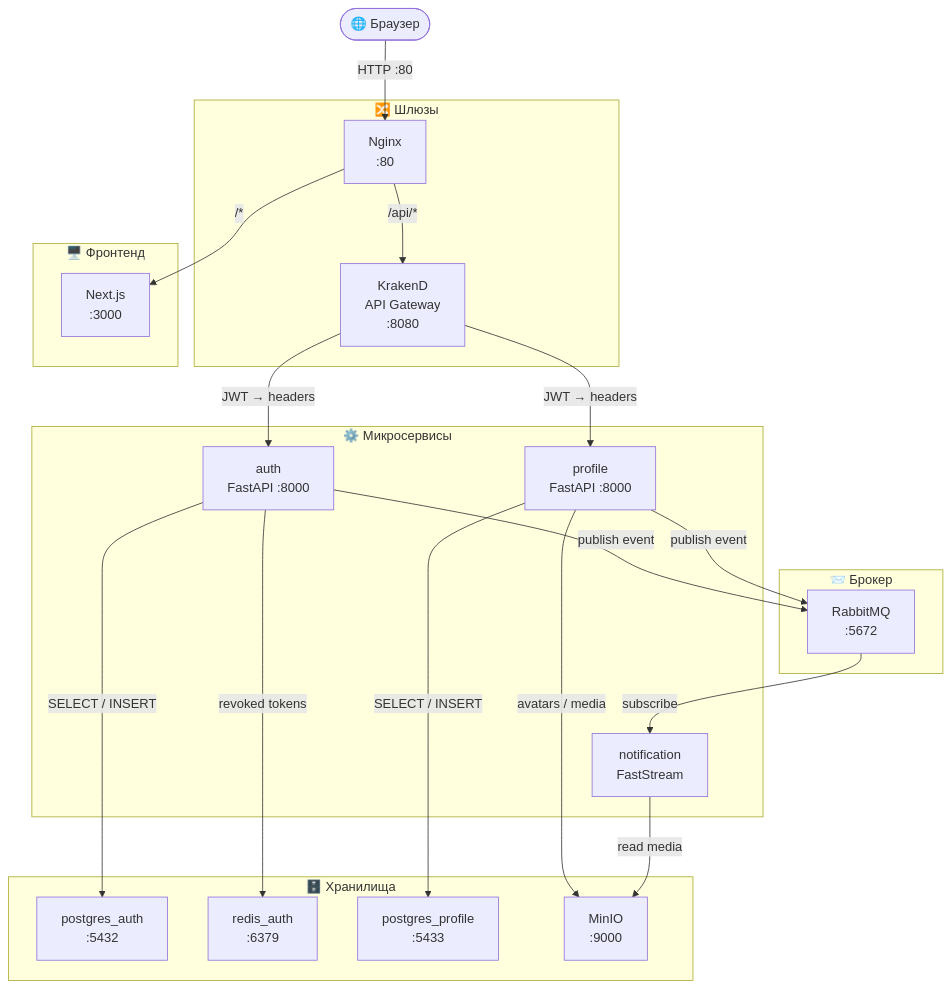
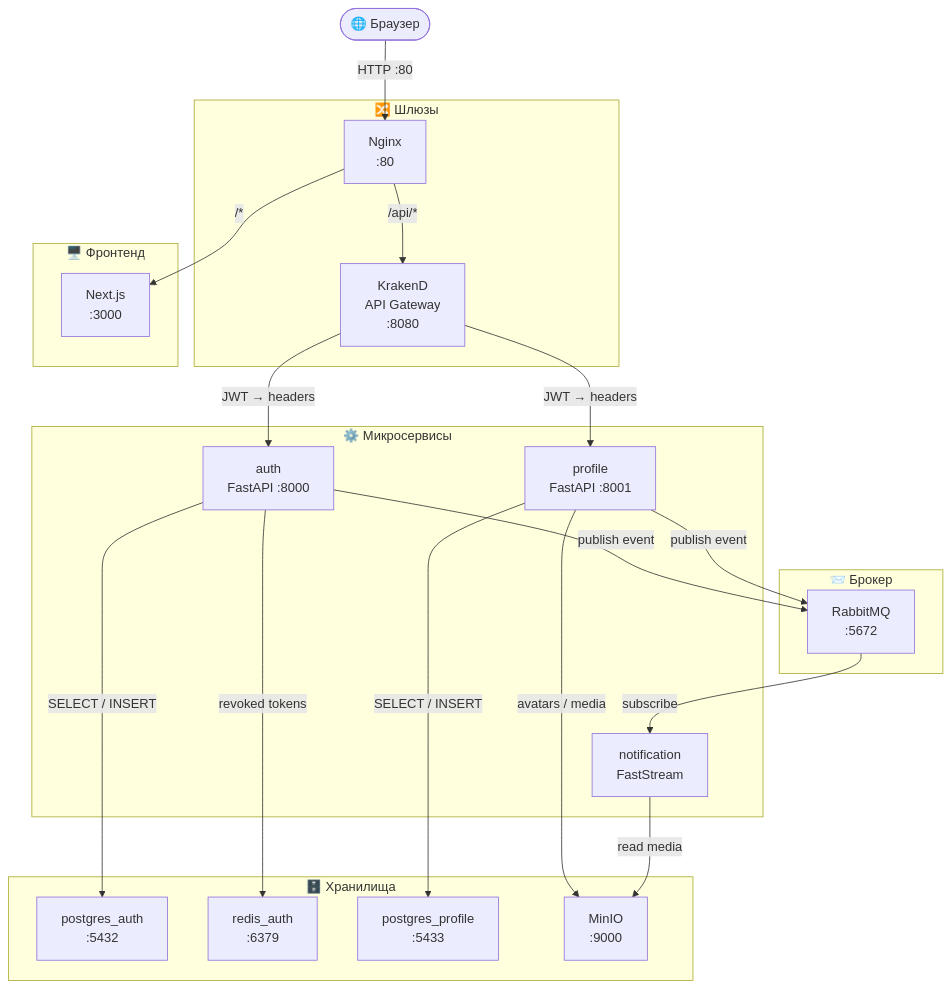
The first of 3 diagrams in README.md (mindcoree/LoreLounge), drawn with Mermaid before and after one commit.

Commit message:
Update Profile service port in README

````diff
--- a/README.md
+++ b/README.md
@@ -39,49 +39,49 @@
 ```mermaid
 flowchart TB
     Browser(["🌐 Браузер"])
 
     Browser -->|"HTTP :80"| Nginx
 
     subgraph gateway["🔀 Шлюзы"]
         Nginx["Nginx\n:80"]
         KrakenD["KrakenD\nAPI Gateway\n:8080"]
     end
 
     subgraph frontend_layer["🖥️ Фронтенд"]
         Frontend["Next.js\n:3000"]
     end
 
     subgraph services_layer["⚙️ Микросервисы"]
         Auth["auth\nFastAPI :8000"]
-        Profile["profile\nFastAPI :8000"]
+        Profile["profile\nFastAPI :8001"]
         Notification["notification\nFastStream"]
     end
 
     subgraph storage_layer["🗄️ Хранилища"]
         PGAuth["postgres_auth\n:5432"]
         RedisAuth["redis_auth\n:6379"]
         PGProfile["postgres_profile\n:5433"]
         MinIO["MinIO\n:9000"]
     end
 
     subgraph broker_layer["📨 Брокер"]
         RabbitMQ["RabbitMQ\n:5672"]
     end
 
     Nginx -->|"/*"| Frontend
     Nginx -->|"/api/*"| KrakenD
 
     KrakenD -->|"JWT → headers"| Auth
     KrakenD -->|"JWT → headers"| Profile
 
     Auth -->|"SELECT / INSERT"| PGAuth
     Auth -->|"revoked tokens"| RedisAuth
     Auth -->|"publish event"| RabbitMQ
 
     Profile -->|"SELECT / INSERT"| PGProfile
     Profile -->|"avatars / media"| MinIO
     Profile -->|"publish event"| RabbitMQ
 
     RabbitMQ -->|"subscribe"| Notification
     Notification -->|"read media"| MinIO
 ```
````
